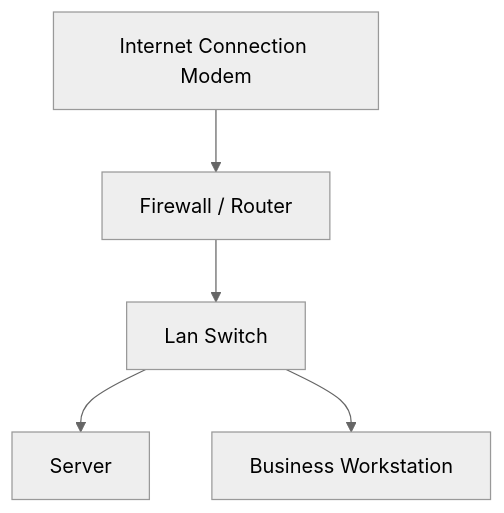
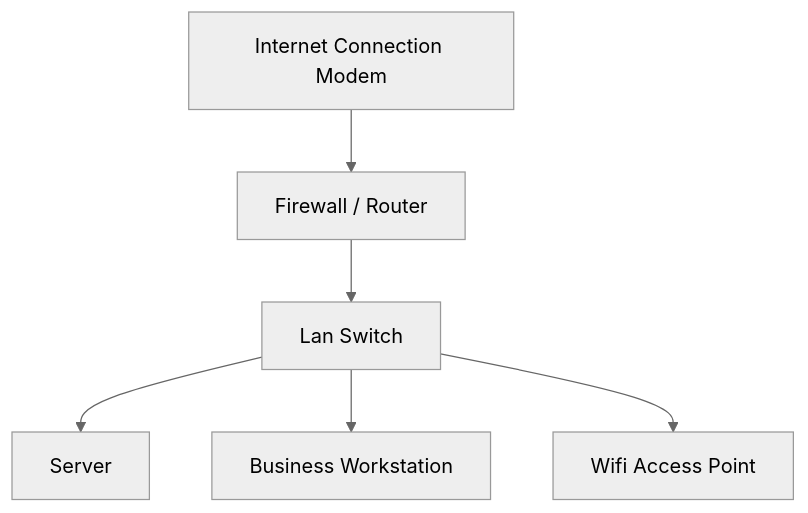
The first of 2 diagrams in opendocs/docs/sysadmin-guides/greenfield-environment/physical-network-design.md (RootwireLtd/OpenDocs), drawn with Mermaid (neutral theme) before and after one commit. The commit also changed other lines of this file, not shown here.

````diff
--- a/opendocs/docs/sysadmin-guides/greenfield-environment/physical-network-design.md
+++ b/opendocs/docs/sysadmin-guides/greenfield-environment/physical-network-design.md
@@ -13,15 +13,17 @@
 ```mermaid
 
 graph TD
 
 WAN[Internet Connection Modem]
 Firewall[Firewall / Router]
 LanSwitch[Lan Switch]
 Server[Server]
 EndUserCompute[Business Workstation]
+WifiAP[Wifi Access Point]
 
 WAN --> Firewall
 Firewall --> LanSwitch
 LanSwitch --> Server
 LanSwitch --> EndUserCompute
+LanSwitch --> WifiAP
 ```
````
